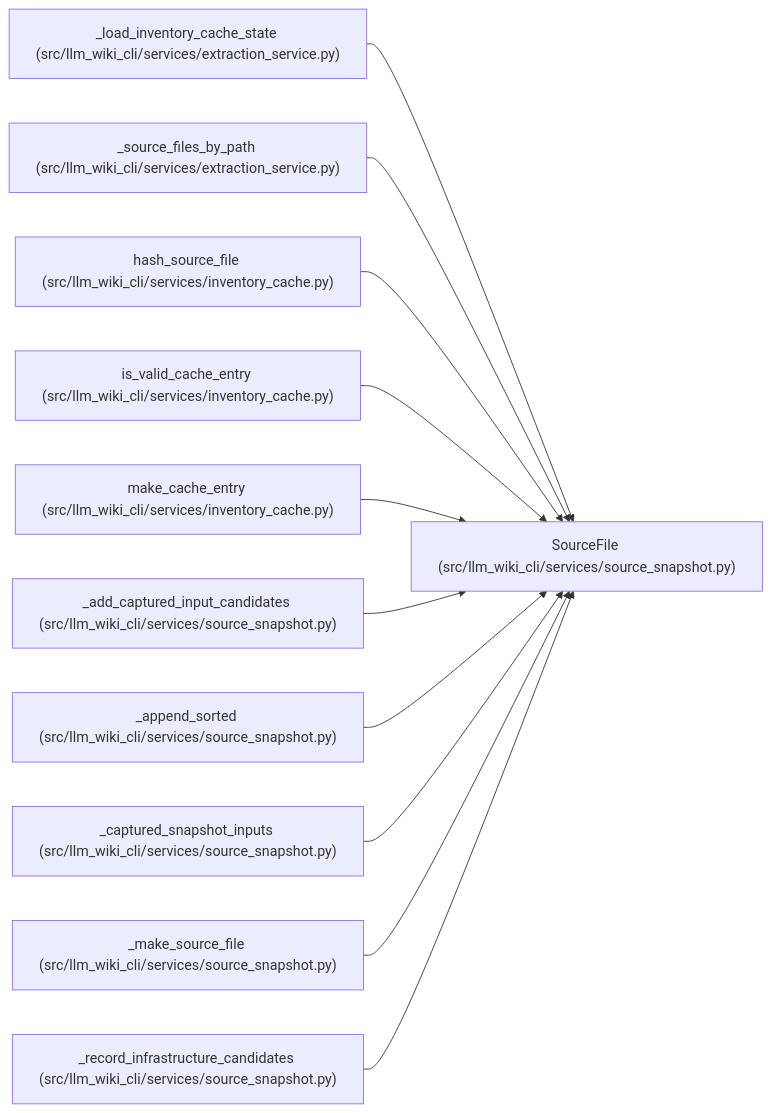
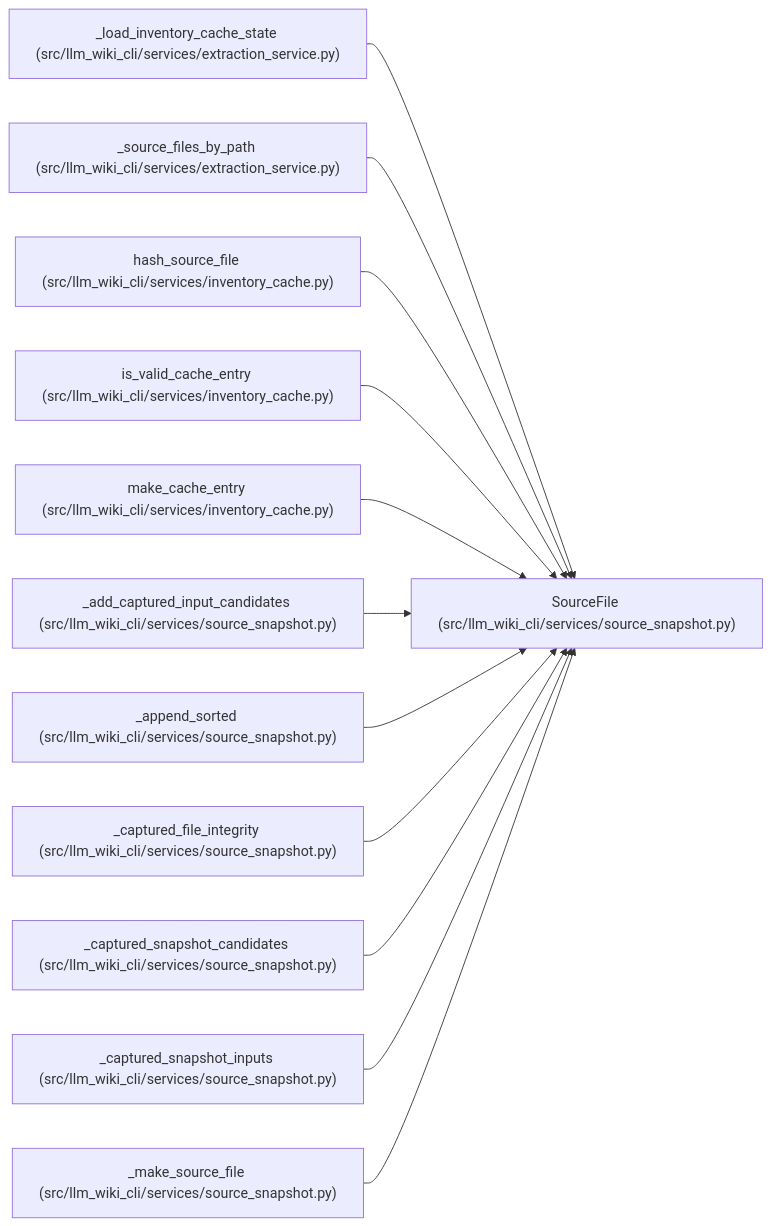
Before and after one commit to Denissvgn/python-wiki-llm: the diagram in docs/llm_wiki/entities/SourceFile.md, drawn with Mermaid. The commit also changed other lines of this file and 364 other files, not shown here.

````diff
--- a/docs/llm_wiki/entities/SourceFile.md
+++ b/docs/llm_wiki/entities/SourceFile.md
@@ -32,35 +32,38 @@
 ```mermaid
 flowchart LR
     n0["SourceFile (src/llm_wiki_cli/services/source_snapshot.py)"]
     n1["_load_inventory_cache_state (src/llm_wiki_cli/services/extraction_service.py)"]
     n2["_source_files_by_path (src/llm_wiki_cli/services/extraction_service.py)"]
     n3["hash_source_file (src/llm_wiki_cli/services/inventory_cache.py)"]
     n4["is_valid_cache_entry (src/llm_wiki_cli/services/inventory_cache.py)"]
     n5["make_cache_entry (src/llm_wiki_cli/services/inventory_cache.py)"]
     n6["_add_captured_input_candidates (src/llm_wiki_cli/services/source_snapshot.py)"]
     n7["_append_sorted (src/llm_wiki_cli/services/source_snapshot.py)"]
-    n8["_captured_snapshot_inputs (src/llm_wiki_cli/services/source_snapshot.py)"]
-    n9["_make_source_file (src/llm_wiki_cli/services/source_snapshot.py)"]
-    n10["_record_infrastructure_candidates (src/llm_wiki_cli/services/source_snapshot.py)"]
+    n8["_captured_file_integrity (src/llm_wiki_cli/services/source_snapshot.py)"]
+    n9["_captured_snapshot_candidates (src/llm_wiki_cli/services/source_snapshot.py)"]
+    n10["_captured_snapshot_inputs (src/llm_wiki_cli/services/source_snapshot.py)"]
+    n11["_make_source_file (src/llm_wiki_cli/services/source_snapshot.py)"]
     n1 --> n0
     n2 --> n0
     n3 --> n0
     n4 --> n0
     n5 --> n0
     n6 --> n0
     n7 --> n0
     n8 --> n0
     n9 --> n0
     n10 --> n0
+    n11 --> n0
     click n0 "../modules/source_snapshot.md"
     click n1 "../modules/extraction_service.md"
     click n2 "../modules/extraction_service.md"
     click n3 "../modules/inventory_cache.md"
     click n4 "../modules/inventory_cache.md"
     click n5 "../modules/inventory_cache.md"
     click n6 "../modules/source_snapshot.md"
     click n7 "../modules/source_snapshot.md"
     click n8 "../modules/source_snapshot.md"
     click n9 "../modules/source_snapshot.md"
     click n10 "../modules/source_snapshot.md"
+    click n11 "../modules/source_snapshot.md"
 ```
````
